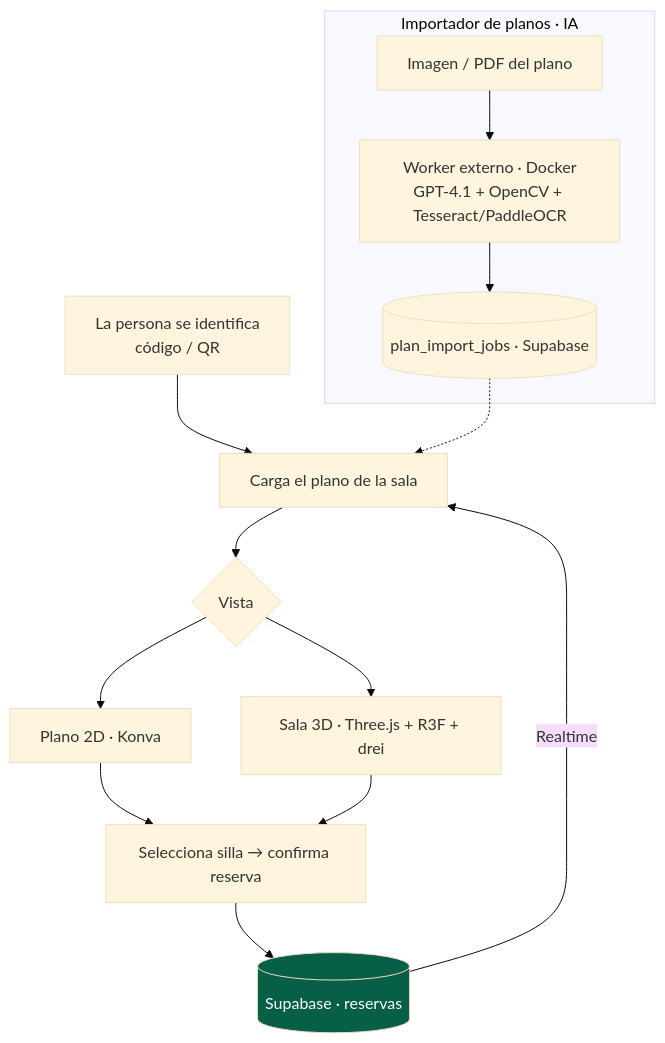
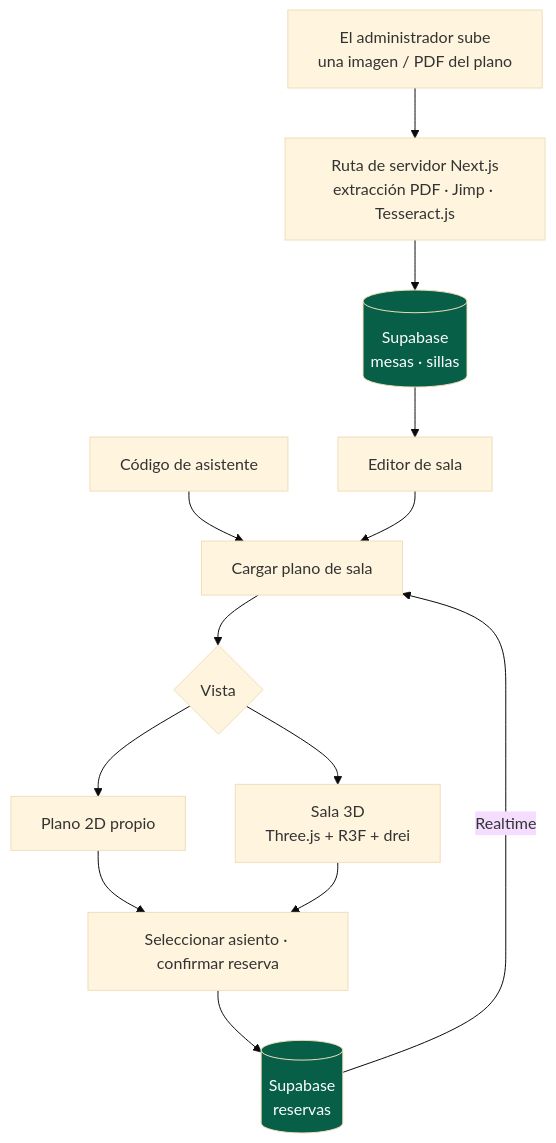
The diagram in projects/floor-planner.es.md (aleglope/production-systems-case-studies), drawn with Mermaid (base theme) before and after one commit. The commit also changed other lines of this file and 25 other files, not shown here.

````diff
--- a/projects/floor-planner.es.md
+++ b/projects/floor-planner.es.md
@@ -25,19 +29,19 @@
 ```mermaid
 flowchart TB
-    ID["La persona se identifica<br/>código / QR"] --> ROOM["Carga el plano de la sala"]
+    ID["Código de asistente"] --> ROOM["Cargar plano de sala"]
     ROOM --> VIEW{"Vista"}
-    VIEW --> V2D["Plano 2D · Konva"]
-    VIEW --> V3D["Sala 3D · Three.js + R3F + drei"]
-    V2D --> SEAT["Selecciona silla → confirma reserva"]
+    VIEW --> V2D["Plano 2D propio"]
+    VIEW --> V3D["Sala 3D<br/>Three.js + R3F + drei"]
+    V2D --> SEAT["Seleccionar asiento · confirmar reserva"]
     V3D --> SEAT
-    SEAT --> SUPA[("Supabase · reservas")]
+    SEAT --> SUPA[("Supabase<br/>reservas")]
     SUPA -- "Realtime" --> ROOM
 
-    subgraph IMPORT["Importador de planos · IA"]
-        IMG["Imagen / PDF del plano"] --> WORKER["Worker externo · Docker<br/>GPT-4.1 + OpenCV + Tesseract/PaddleOCR"]
-        WORKER --> JOB[("plan_import_jobs · Supabase")]
-    end
-    JOB -.-> ROOM
+    FILE["El administrador sube<br/>una imagen / PDF del plano"] --> IMPORT["Ruta de servidor Next.js<br/>extracción PDF · Jimp · Tesseract.js"]
+    IMPORT --> LAYOUT[("Supabase<br/>mesas · sillas")]
+    LAYOUT --> EDIT["Editor de sala"]
+    EDIT --> ROOM
 
     style SUPA fill:#065f46,color:#fff
+    style LAYOUT fill:#065f46,color:#fff
 ```
````
